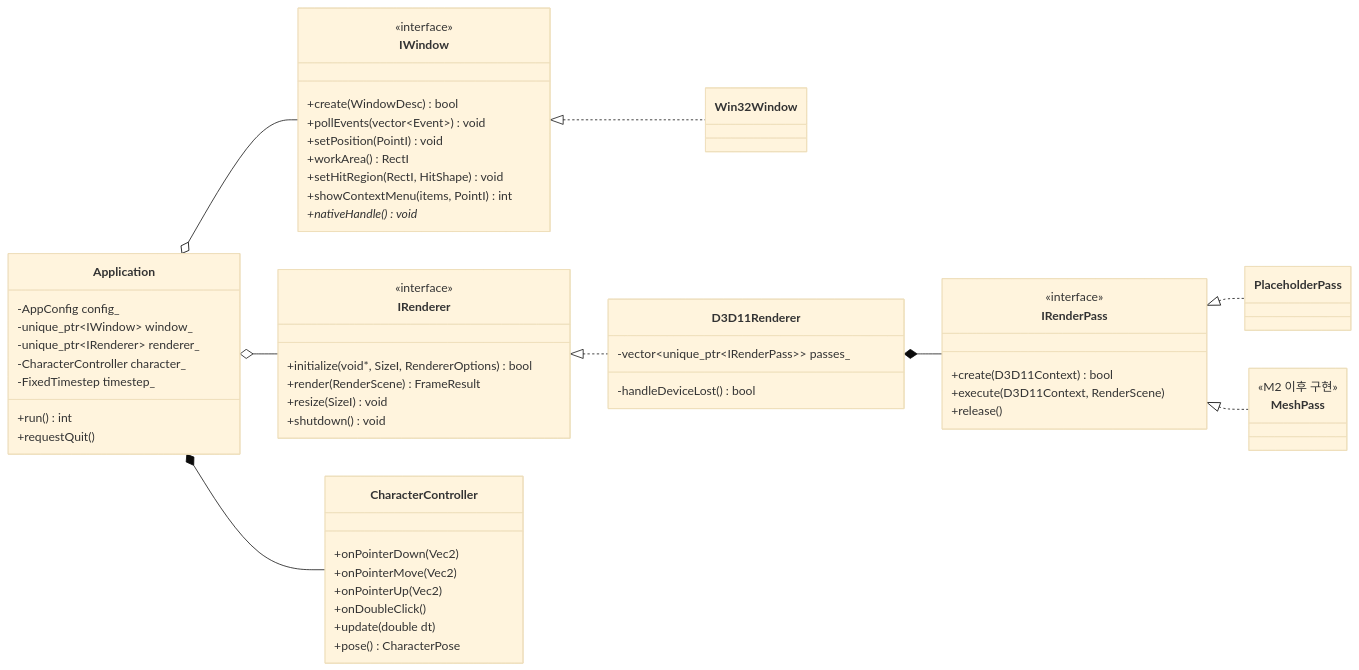
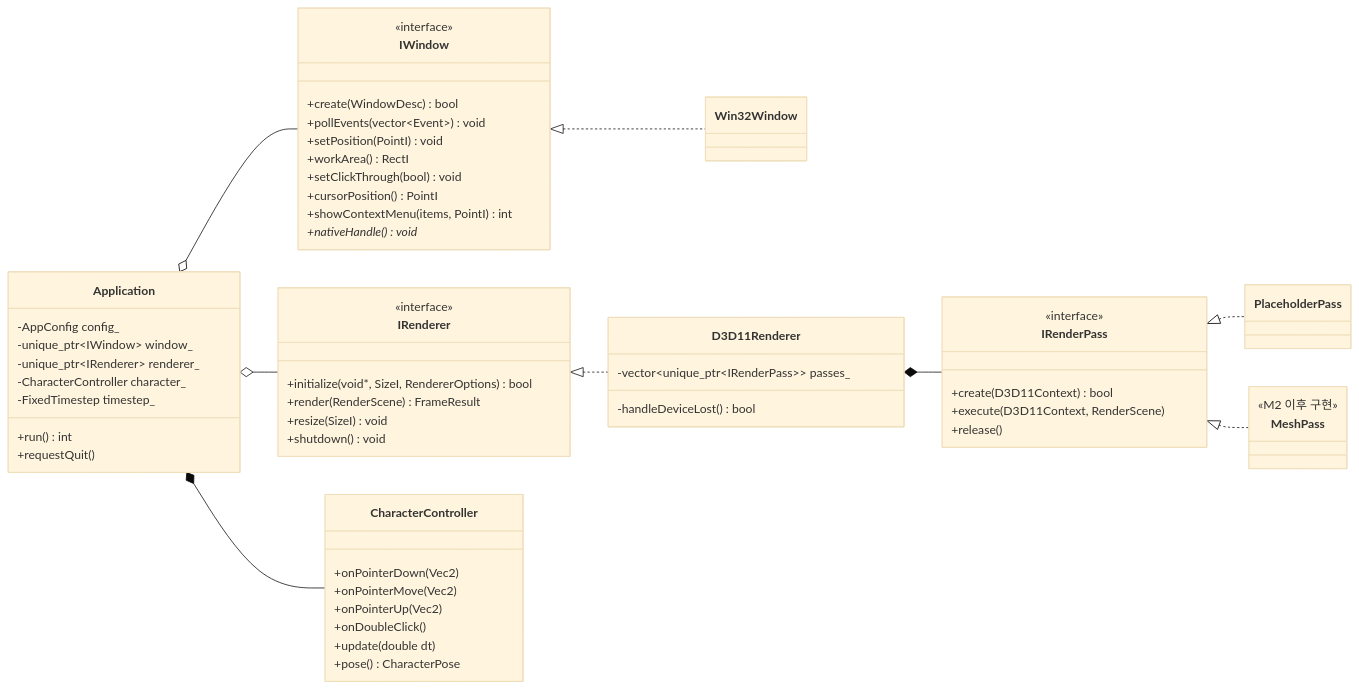
Before and after one commit to ChoHye0N/TinyDeskPet: the third of 12 diagrams in docs/02-architecture/SAD.md, drawn with Mermaid (base theme). The commit also changed other lines of this file and 17 other files, not shown here.

````diff
--- a/docs/02-architecture/SAD.md
+++ b/docs/02-architecture/SAD.md
@@ -136,62 +136,63 @@
 ```mermaid
 classDiagram
     direction LR
     class Application {
         -AppConfig config_
         -unique_ptr~IWindow~ window_
         -unique_ptr~IRenderer~ renderer_
         -CharacterController character_
         -FixedTimestep timestep_
         +run() int
         +requestQuit()
     }
     class IWindow {
         <<interface>>
         +create(WindowDesc) bool
         +pollEvents(vector~Event~) void
         +setPosition(PointI) void
         +workArea() RectI
-        +setHitRegion(RectI, HitShape) void
+        +setClickThrough(bool) void
+        +cursorPosition() PointI
         +showContextMenu(items, PointI) int
         +nativeHandle() void*
     }
     class IRenderer {
         <<interface>>
         +initialize(void*, SizeI, RendererOptions) bool
         +render(RenderScene) FrameResult
         +resize(SizeI) void
         +shutdown() void
     }
     class CharacterController {
         +onPointerDown(Vec2)
         +onPointerMove(Vec2)
         +onPointerUp(Vec2)
         +onDoubleClick()
         +update(double dt)
         +pose() CharacterPose
     }
     class Win32Window
     class D3D11Renderer {
         -vector~unique_ptr~IRenderPass~~ passes_
         -handleDeviceLost() bool
     }
     class IRenderPass {
         <<interface>>
         +create(D3D11Context) bool
         +execute(D3D11Context, RenderScene)
         +release()
     }
     class PlaceholderPass
     class MeshPass {
         <<M2 이후 구현>>
     }
 
     Application o-- IWindow
     Application o-- IRenderer
     Application *-- CharacterController
     IWindow <|.. Win32Window
     IRenderer <|.. D3D11Renderer
     D3D11Renderer *-- IRenderPass
     IRenderPass <|.. PlaceholderPass
     IRenderPass <|.. MeshPass
 ```
````
